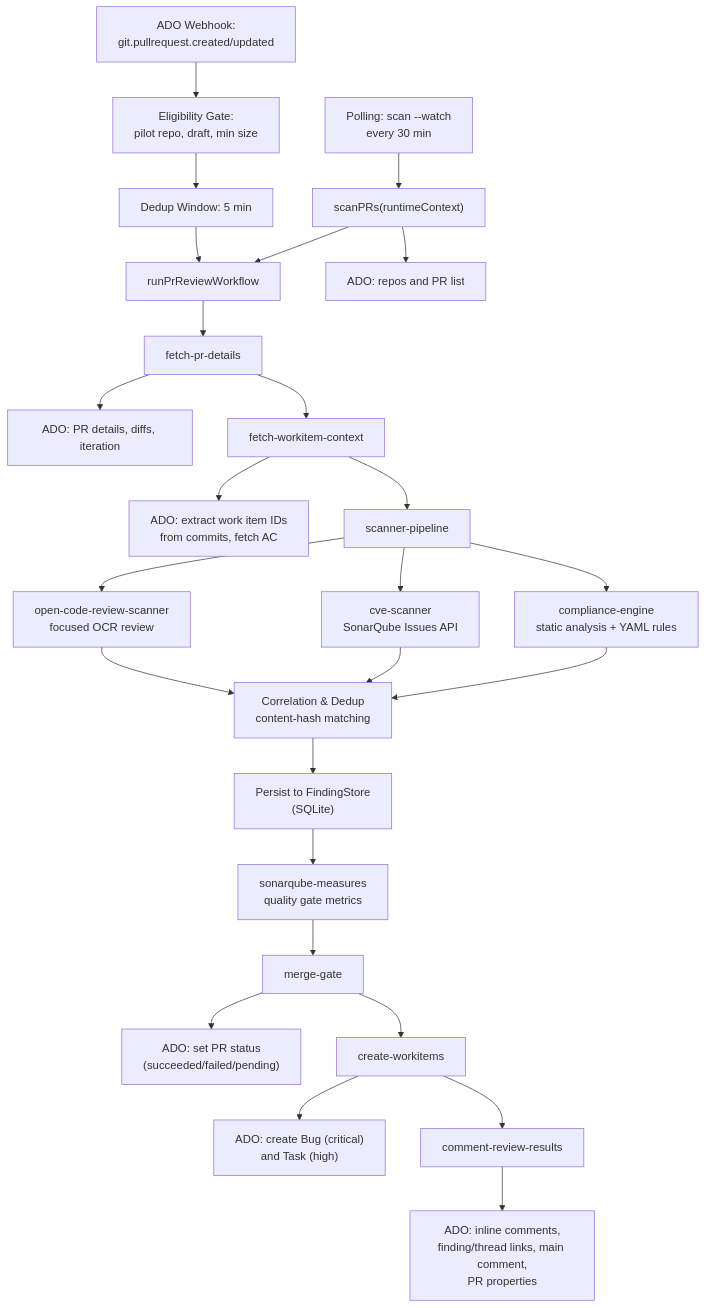
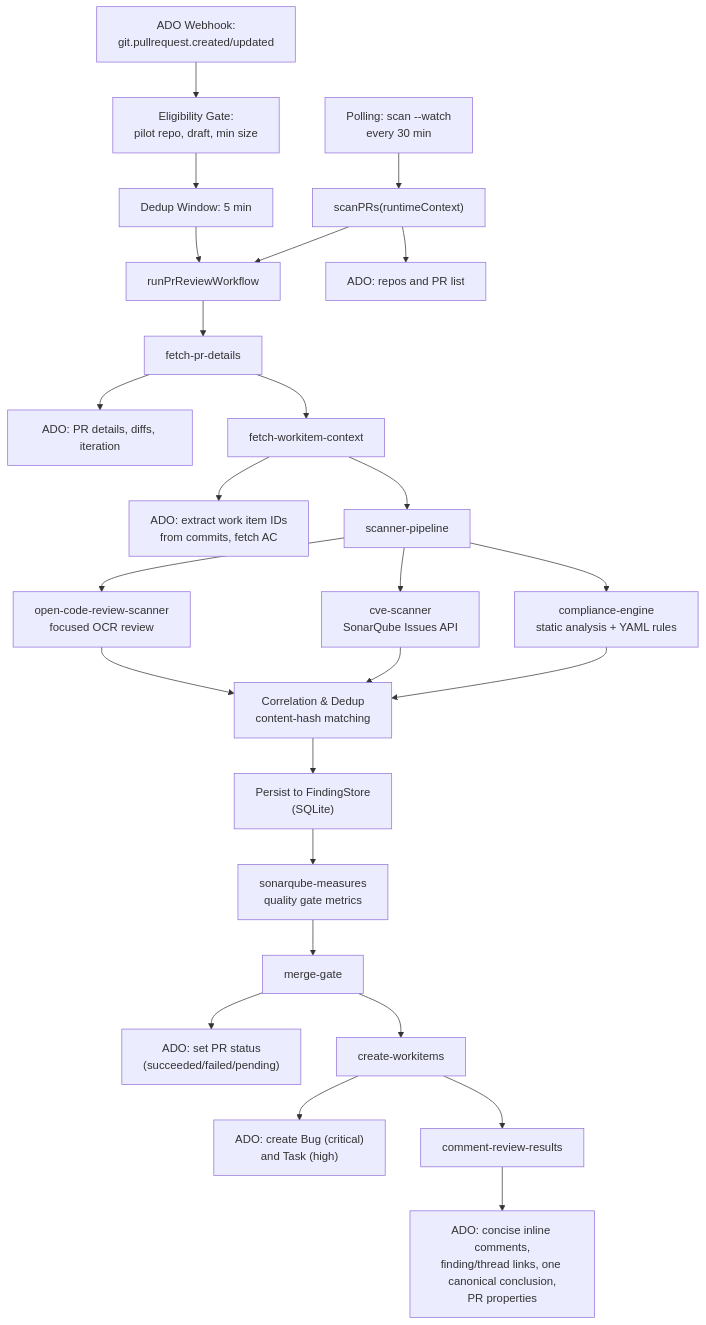
The diagram in agents/ratan-code-review-agent/docs/RUNTIME_ARCHITECTURE.md (lushevol/code-review-agent), drawn with Mermaid before and after one commit. The commit also changed other lines of this file and 23 other files, not shown here.

````diff
--- a/agents/ratan-code-review-agent/docs/RUNTIME_ARCHITECTURE.md
+++ b/agents/ratan-code-review-agent/docs/RUNTIME_ARCHITECTURE.md
@@ -5,34 +5,34 @@
 ```mermaid
 flowchart TD
     Webhook["ADO Webhook:<br/>git.pullrequest.created/updated"] --> Eligibility["Eligibility Gate:<br/>pilot repo, draft, min size"]
     Eligibility --> Dedup["Dedup Window: 5 min"]
     Dedup --> WorkflowRun["runPrReviewWorkflow"]
 
     Polling["Polling: scan --watch<br/>every 30 min"] --> PRScan["scanPRs(runtimeContext)"]
     PRScan --> ADOList["ADO: repos and PR list"]
     PRScan --> WorkflowRun
 
     WorkflowRun --> FetchPR["fetch-pr-details"]
     FetchPR --> ADOFetch["ADO: PR details, diffs, iteration"]
     FetchPR --> FetchWIC["fetch-workitem-context"]
     FetchWIC --> ADOWI["ADO: extract work item IDs<br/>from commits, fetch AC"]
 
     FetchWIC --> Scanners["scanner-pipeline"]
     Scanners --> AIReview["open-code-review-scanner<br/>focused OCR review"]
     Scanners --> CVE["cve-scanner<br/>SonarQube Issues API"]
     Scanners --> Compliance["compliance-engine<br/>static analysis + YAML rules"]
     AIReview --> Correlate["Correlation & Dedup<br/>content-hash matching"]
     CVE --> Correlate
     Compliance --> Correlate
     Correlate --> Persist["Persist to FindingStore<br/>(SQLite)"]
     Persist --> Sonar["sonarqube-measures<br/>quality gate metrics"]
 
     Sonar --> MergeGate["merge-gate"]
     MergeGate --> ADOStatus["ADO: set PR status<br/>(succeeded/failed/pending)"]
 
     MergeGate --> WorkItems["create-workitems"]
     WorkItems --> ADOWI2["ADO: create Bug (critical)<br/>and Task (high)"]
 
     WorkItems --> Comment["comment-review-results"]
-    Comment --> ADOWrite["ADO: inline comments,<br/>finding/thread links, main comment,<br/>PR properties"]
+    Comment --> ADOWrite["ADO: concise inline comments,<br/>finding/thread links, one canonical conclusion,<br/>PR properties"]
 ```
````
